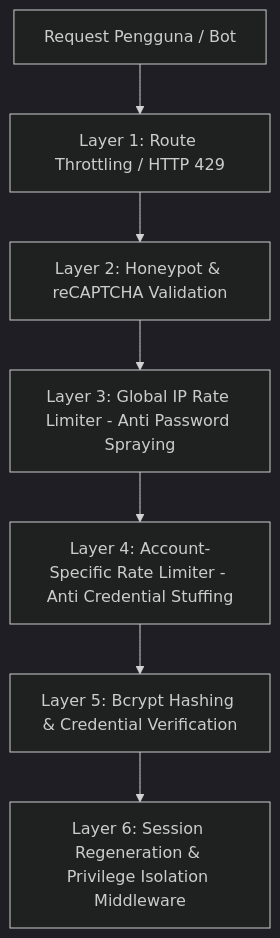
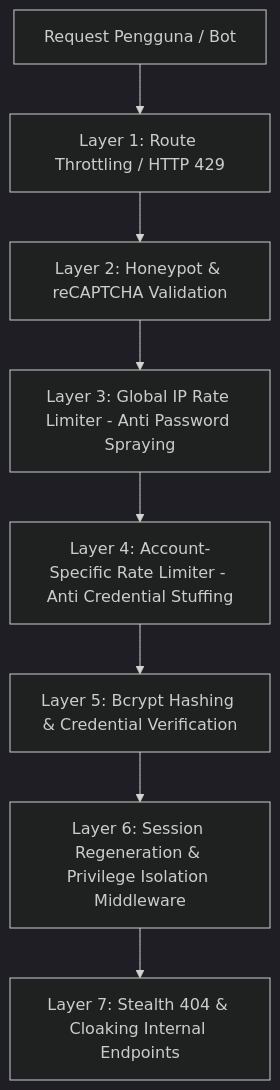
Before and after one commit to sauva20/PFE_Monitoring_Control_System: the diagram in docs/security_implementation.md, drawn with Mermaid (dark theme). The commit also changed other lines of this file and 49 other files, not shown here.

````diff
--- a/docs/security_implementation.md
+++ b/docs/security_implementation.md
@@ -25,9 +25,10 @@
 ```mermaid
 flowchart TD
     A[Request Pengguna / Bot] --> B[Layer 1: Route Throttling / HTTP 429]
     B --> C[Layer 2: Honeypot & reCAPTCHA Validation]
     C --> D[Layer 3: Global IP Rate Limiter - Anti Password Spraying]
     D --> E[Layer 4: Account-Specific Rate Limiter - Anti Credential Stuffing]
     E --> F[Layer 5: Bcrypt Hashing & Credential Verification]
     F --> G[Layer 6: Session Regeneration & Privilege Isolation Middleware]
+    G --> H[Layer 7: Stealth 404 & Cloaking Internal Endpoints]
 ```
````
